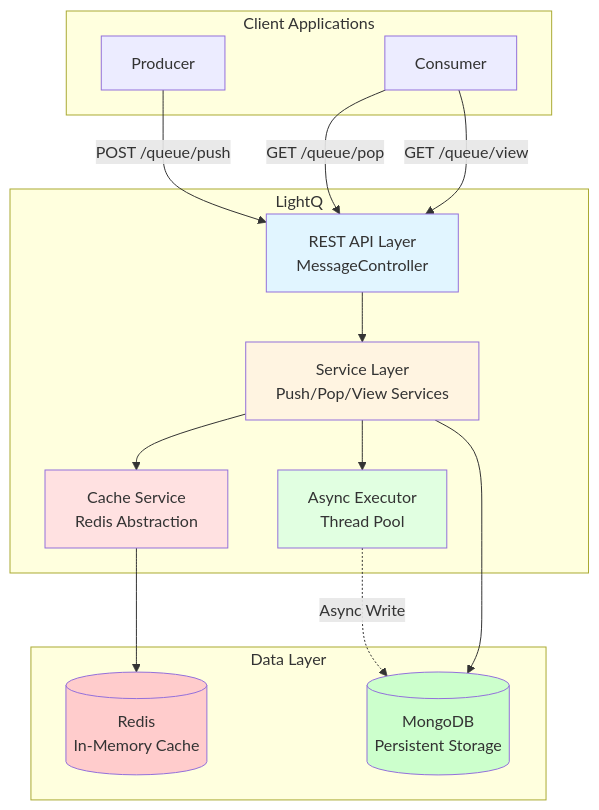
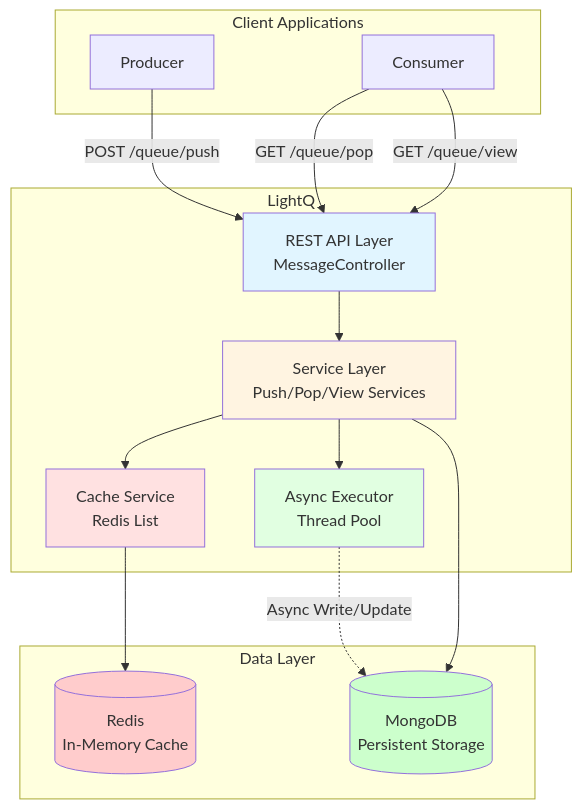
One commit to Alak-Das/LightQ changed the diagram in README.md. Above: the diagram before and after it, drawn with Mermaid. The commit also changed other lines of this file and 2 other files, not shown here.

````diff
--- a/README.md
+++ b/README.md
@@ -68,37 +64,37 @@
 ```mermaid
 graph TB
     subgraph "Client Applications"
         P[Producer]
         C[Consumer]
     end
-    
+
     subgraph "LightQ"
         API[REST API Layer<br/>MessageController]
         SVC[Service Layer<br/>Push/Pop/View Services]
-        CACHE[Cache Service<br/>Redis Abstraction]
+        CACHE[Cache Service<br/>Redis List]
         ASYNC[Async Executor<br/>Thread Pool]
     end
-    
+
     subgraph "Data Layer"
         R[(Redis<br/>In-Memory Cache)]
         M[(MongoDB<br/>Persistent Storage)]
     end
-    
+
     P -->|POST /queue/push| API
     C -->|GET /queue/pop| API
     C -->|GET /queue/view| API
-    
+
     API --> SVC
     SVC --> CACHE
     SVC --> ASYNC
-    ASYNC -.->|Async Write| M
+    ASYNC -.->|Async Write/Update| M
     CACHE --> R
     SVC --> M
-    
+
     style API fill:#e1f5ff
     style SVC fill:#fff4e1
     style CACHE fill:#ffe1e1
     style ASYNC fill:#e1ffe1
     style R fill:#ffcccc
     style M fill:#ccffcc
 ```
````
